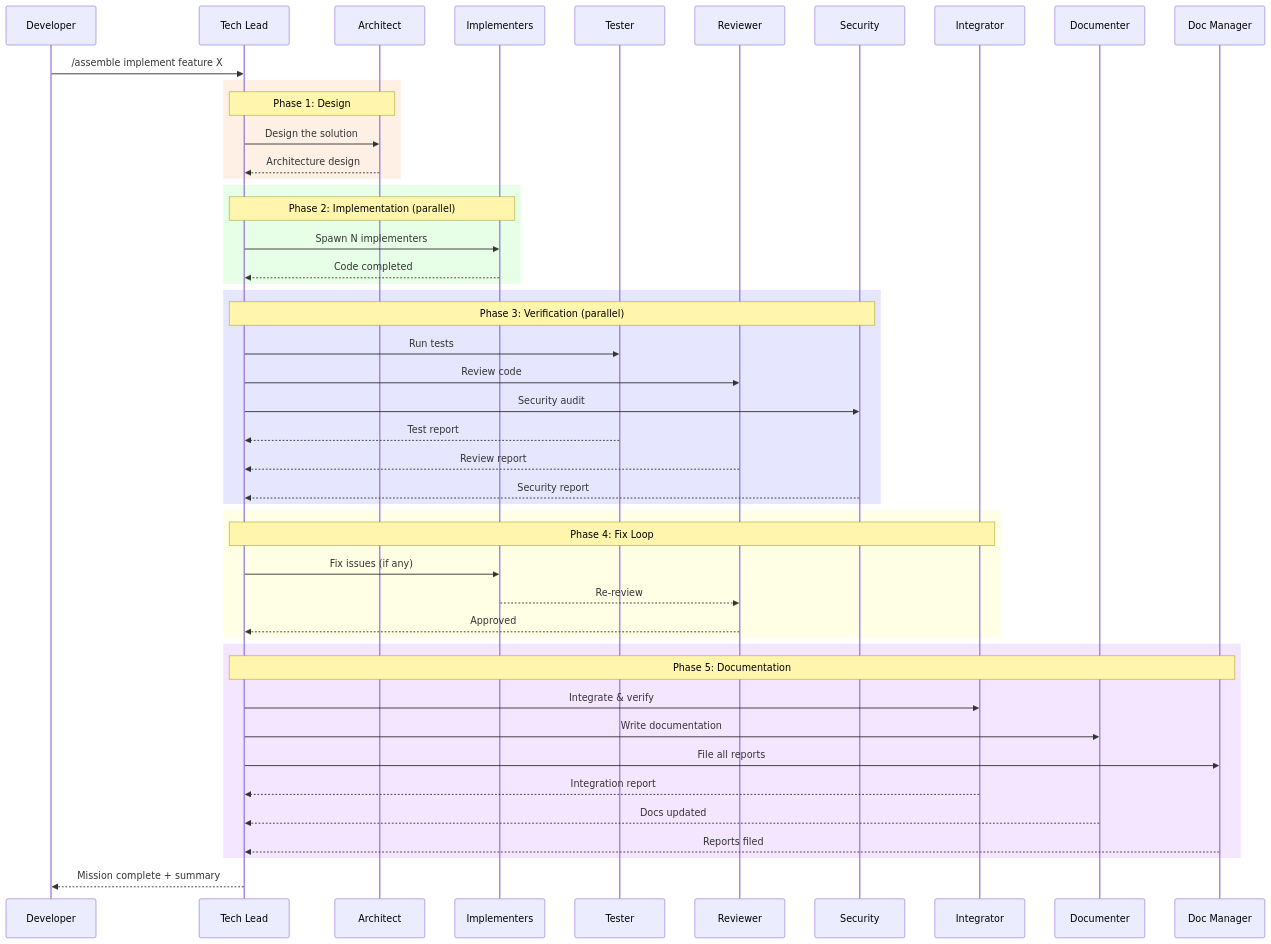
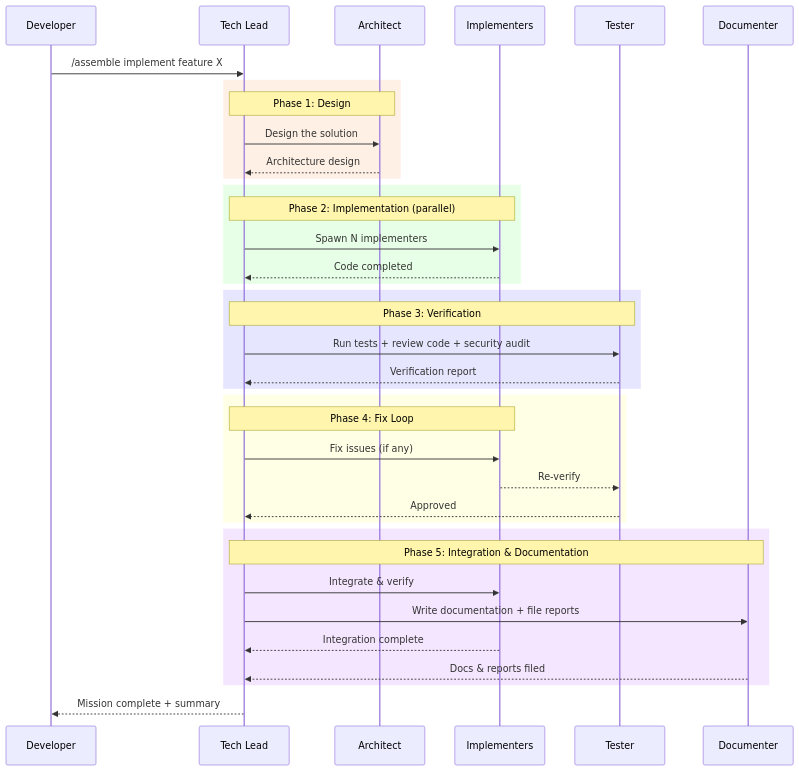
Before and after one commit to Muheng1992/symbiotic-engineering: the seventh of 18 diagrams in docs/AGENT-ARMY-DESIGN.md, drawn with Mermaid. The commit also changed other lines of this file and 46 other files, not shown here.

````diff
--- a/docs/AGENT-ARMY-DESIGN.md
+++ b/docs/AGENT-ARMY-DESIGN.md
@@ -511,56 +440,46 @@
 ```mermaid
 sequenceDiagram
     participant Dev as Developer
     participant Lead as Tech Lead
     participant Arch as Architect
     participant Impl as Implementers
     participant Test as Tester
-    participant Rev as Reviewer
-    participant Sec as Security
-    participant Int as Integrator
     participant Doc as Documenter
-    participant DM as Doc Manager
 
     Dev->>Lead: /assemble implement feature X
 
     rect rgb(255, 240, 230)
         Note over Lead,Arch: Phase 1: Design
         Lead->>Arch: Design the solution
         Arch-->>Lead: Architecture design
     end
 
     rect rgb(230, 255, 230)
         Note over Lead,Impl: Phase 2: Implementation (parallel)
         Lead->>Impl: Spawn N implementers
         Impl-->>Lead: Code completed
     end
 
     rect rgb(230, 230, 255)
-        Note over Lead,Sec: Phase 3: Verification (parallel)
-        Lead->>Test: Run tests
-        Lead->>Rev: Review code
-        Lead->>Sec: Security audit
-        Test-->>Lead: Test report
-        Rev-->>Lead: Review report
-        Sec-->>Lead: Security report
+        Note over Lead,Test: Phase 3: Verification
+        Lead->>Test: Run tests + review code + security audit
+        Test-->>Lead: Verification report
     end
 
     rect rgb(255, 255, 230)
-        Note over Lead,Int: Phase 4: Fix Loop
+        Note over Lead,Impl: Phase 4: Fix Loop
         Lead->>Impl: Fix issues (if any)
-        Impl-->>Rev: Re-review
-        Rev-->>Lead: Approved
+        Impl-->>Test: Re-verify
+        Test-->>Lead: Approved
     end
 
     rect rgb(245, 230, 255)
-        Note over Lead,DM: Phase 5: Documentation
-        Lead->>Int: Integrate & verify
-        Lead->>Doc: Write documentation
-        Lead->>DM: File all reports
-        Int-->>Lead: Integration report
-        Doc-->>Lead: Docs updated
-        DM-->>Lead: Reports filed
+        Note over Lead,Doc: Phase 5: Integration & Documentation
+        Lead->>Impl: Integrate & verify
+        Lead->>Doc: Write documentation + file reports
+        Impl-->>Lead: Integration complete
+        Doc-->>Lead: Docs & reports filed
     end
 
     Lead-->>Dev: Mission complete + summary
 ```
````
